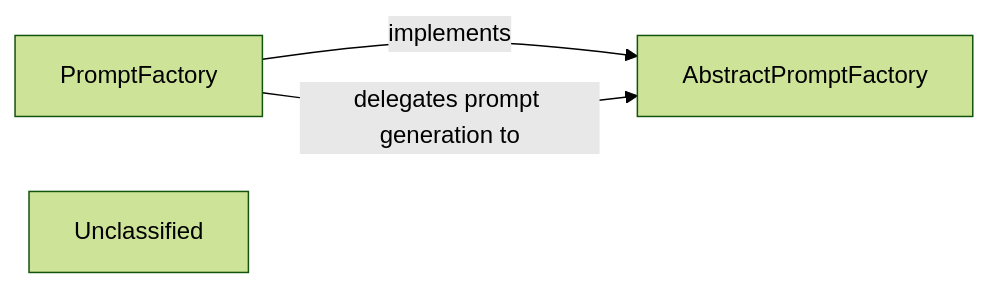
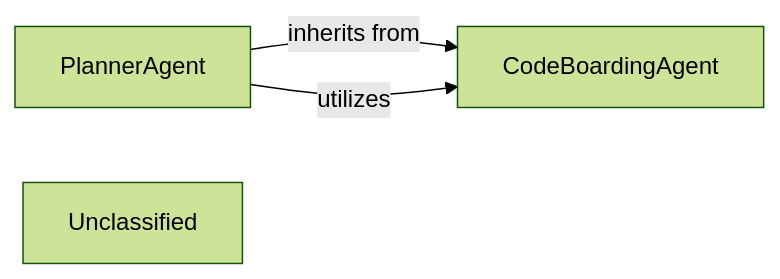
The second of 7 diagrams in docs/development/architecture.md (CodeBoarding/CodeBoarding), drawn with Mermaid (forest theme) before and after one commit. The commit also changed other lines of this file and 21 other files, not shown here.

First line of the commit message:
docs: update codeboarding documentation and generate architecture

````diff
--- a/docs/development/architecture.md
+++ b/docs/development/architecture.md
@@ -213,8 +100,8 @@
 ```mermaid
 graph LR
-    AbstractPromptFactory["AbstractPromptFactory"]
-    PromptFactory["PromptFactory"]
+    CodeBoardingAgent["CodeBoardingAgent"]
+    PlannerAgent["PlannerAgent"]
     Unclassified["Unclassified"]
-    PromptFactory -- "implements" --> AbstractPromptFactory
-    PromptFactory -- "delegates prompt generation to" --> AbstractPromptFactory
+    PlannerAgent -- "inherits from" --> CodeBoardingAgent
+    PlannerAgent -- "utilizes" --> CodeBoardingAgent
 ```
````
